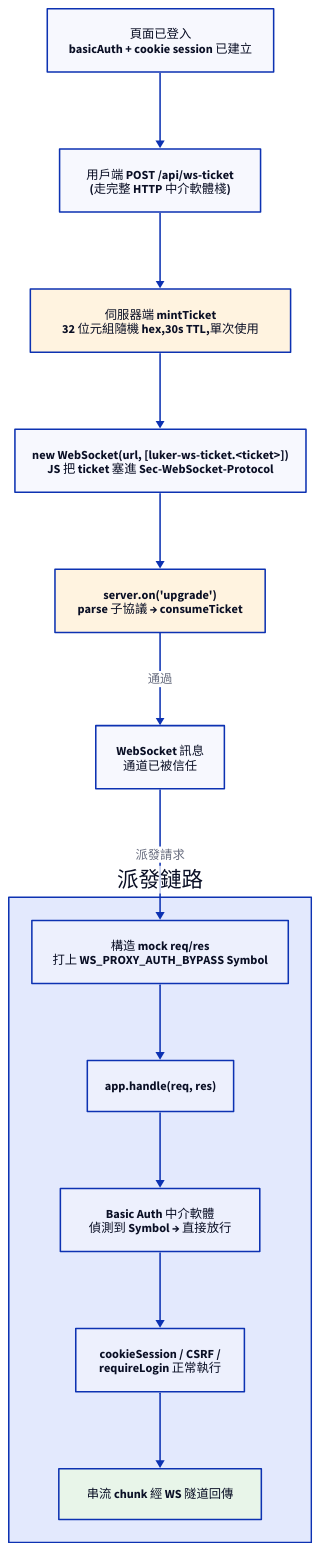
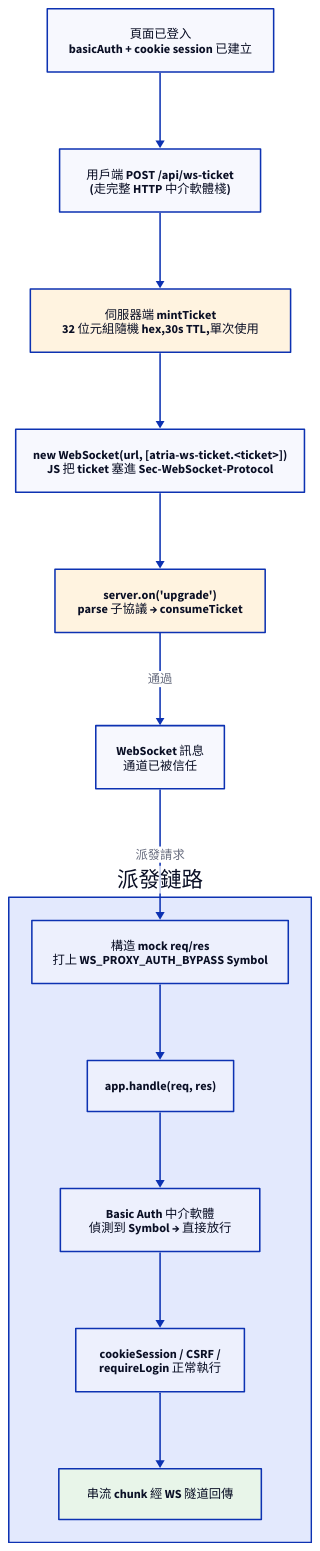
One commit to ZZZdragondYNGPHX/Atria changed the second of 2 diagrams in docs/zh-TW/improvements/ws-proxy.md. Above: the diagram before and after it, drawn with D2. The commit also changed other lines of this file and 1235 other files, not shown here.

````diff
--- a/docs/zh-TW/improvements/ws-proxy.md
+++ b/docs/zh-TW/improvements/ws-proxy.md
@@ -77,29 +77,29 @@
 ```d2
 direction: down
 
 LOGIN: "頁面已登入\nbasicAuth + cookie session 已建立"
 TICKET_REQ: "用戶端 POST /api/ws-ticket\n(走完整 HTTP 中介軟體棧)"
 TICKET_RESP: "伺服器端 mintTicket\n32 位元組隨機 hex,30s TTL,單次使用" {
   style.fill: "#fff3e0"
 }
-UP: "new WebSocket(url, [luker-ws-ticket.<ticket>])\nJS 把 ticket 塞進 Sec-WebSocket-Protocol"
+UP: "new WebSocket(url, [atria-ws-ticket.<ticket>])\nJS 把 ticket 塞進 Sec-WebSocket-Protocol"
 GATE: "server.on('upgrade')\nparse 子協議 → consumeTicket" {
   style.fill: "#fff3e0"
 }
 WS_MSG: "WebSocket 訊息\n通道已被信任"
 
 DISPATCH: "派發鏈路" {
   GOOD_MOCK: "構造 mock req/res\n打上 WS_PROXY_AUTH_BYPASS Symbol"
   GOOD_HANDLE: "app.handle(req, res)"
   GOOD_BASIC: "Basic Auth 中介軟體\n偵測到 Symbol → 直接放行"
   GOOD_REST: "cookieSession / CSRF /\nrequireLogin 正常執行"
   GOOD_RES: "串流 chunk 經 WS 隧道回傳" {
     style.fill: "#e8f5e9"
   }
   GOOD_MOCK -> GOOD_HANDLE -> GOOD_BASIC -> GOOD_REST -> GOOD_RES
 }
 
 LOGIN -> TICKET_REQ -> TICKET_RESP -> UP -> GATE
 GATE -> WS_MSG: "通過"
 WS_MSG -> DISPATCH.GOOD_MOCK: "派發請求"
 ```
````
